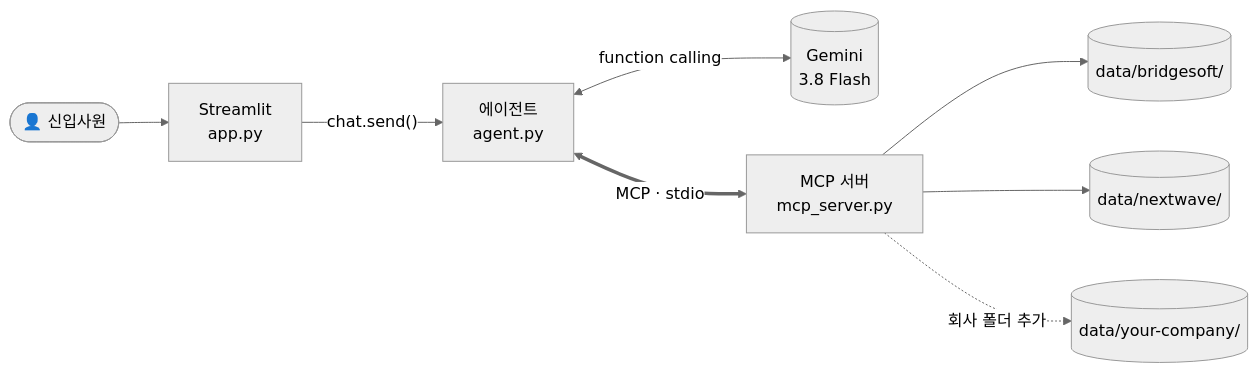
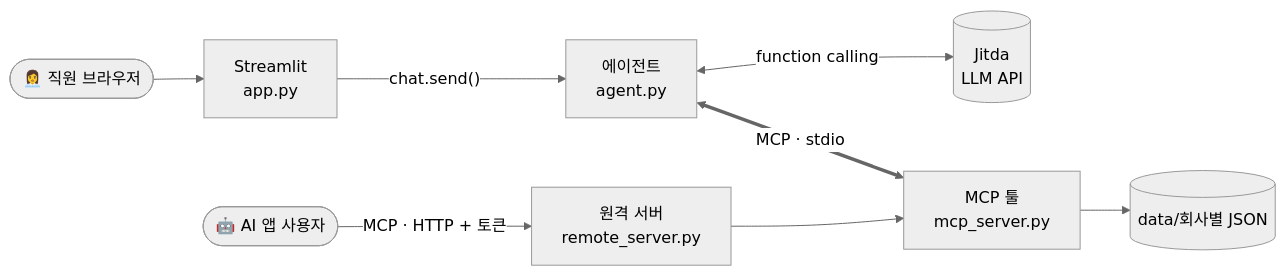
The diagram in README.md (Byun-Gwan-Young/OG), drawn with Mermaid (neutral theme) before and after one commit. The commit also changed other lines of this file and 15 other files, not shown here.

Commit message:
README 사용자 가이드와 화면 캡처 추가, 원격 MCP 서버 추가

````diff
--- a/README.md
+++ b/README.md
@@ -114,10 +214,10 @@
 ```mermaid
 flowchart LR
-    U([👤 신입사원]) --> UI[Streamlit<br/>app.py]
+    E([👩‍💼 직원 브라우저]) --> UI[Streamlit<br/>app.py]
     UI -->|"chat.send()"| AG[에이전트<br/>agent.py]
-    AG <-->|function calling| LLM[(Gemini<br/>3.8 Flash)]
-    AG <==>|MCP · stdio| SV[MCP 서버<br/>mcp_server.py]
-    SV --> D1[(data/bridgesoft/)]
-    SV --> D2[(data/nextwave/)]
-    SV -.->|회사 폴더 추가| D3[(data/your-company/)]
+    AG <-->|function calling| LLM[(Jitda<br/>LLM API)]
+    AG <==>|MCP · stdio| SV[MCP 툴<br/>mcp_server.py]
+    A([🤖 AI 앱 사용자]) -->|"MCP · HTTP + 토큰"| RS[원격 서버<br/>remote_server.py]
+    RS --> SV
+    SV --> D[(data/회사별 JSON)]
 ```
````
